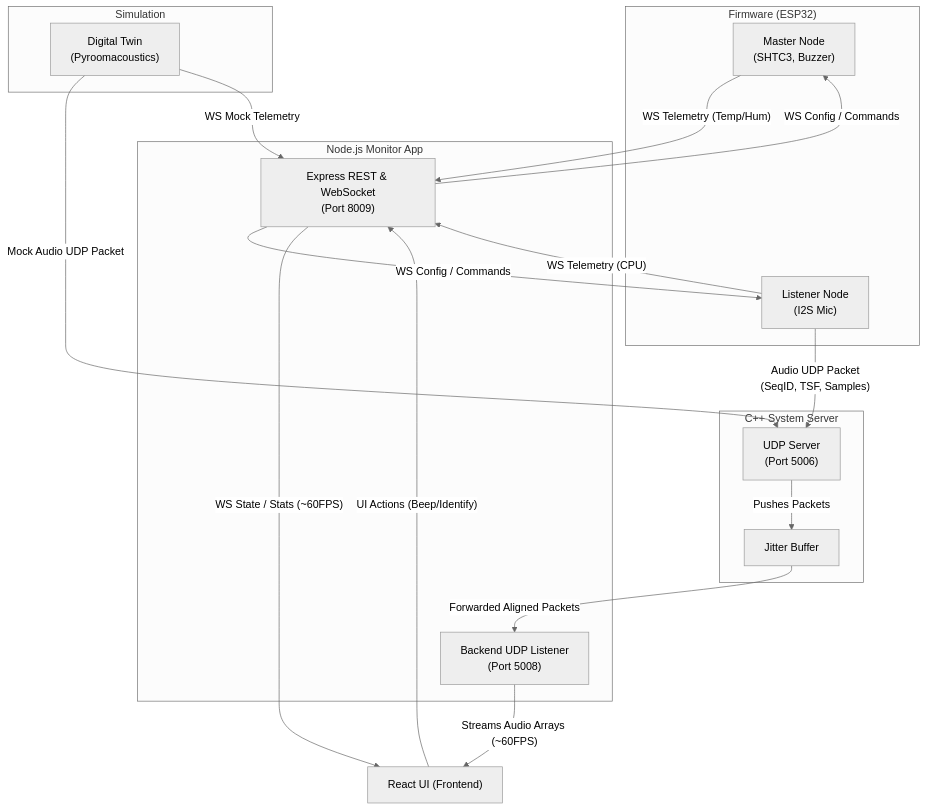
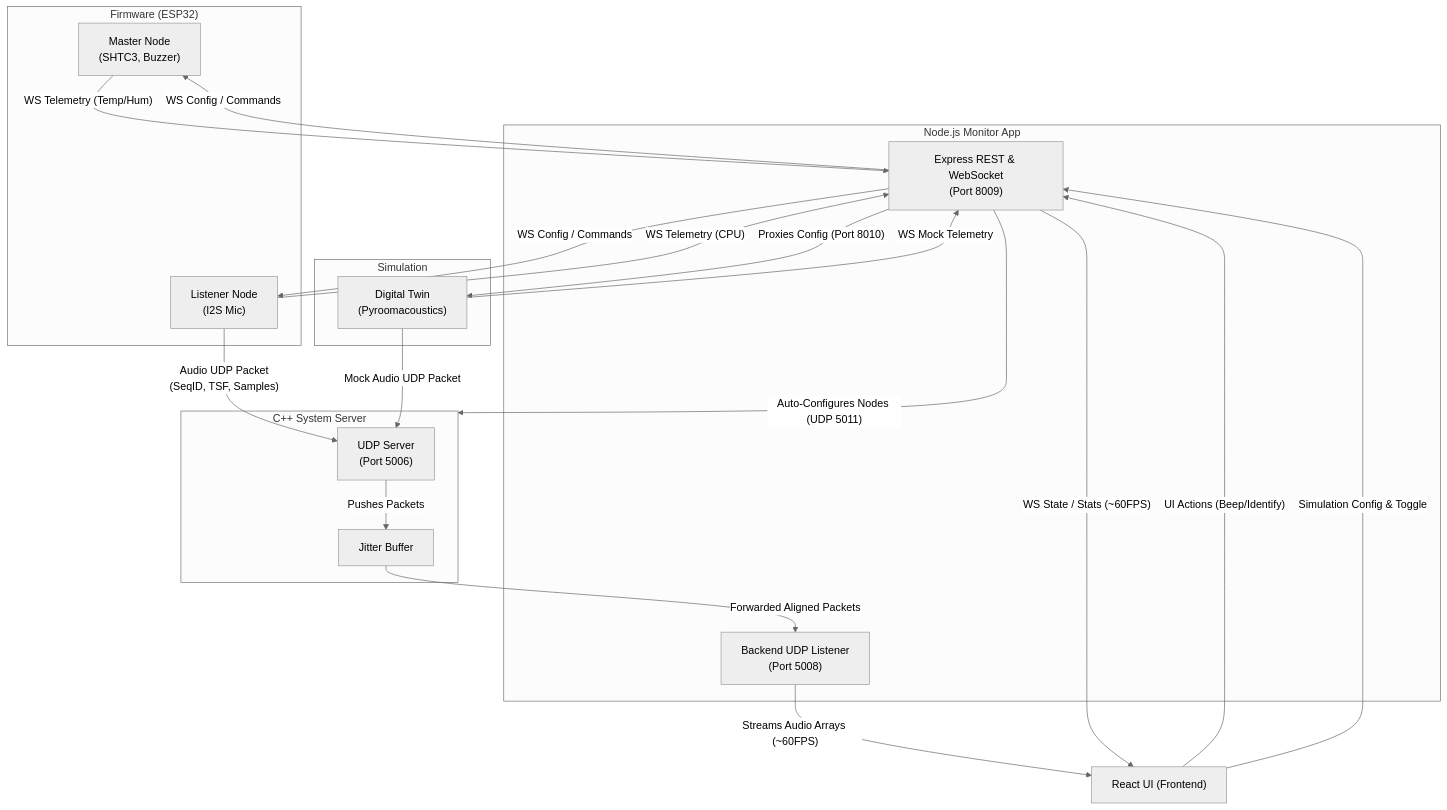
Before and after one commit to LauriAlanen/locustracer: the first of 2 diagrams in docs/ARCHITECTURE.md, drawn with Mermaid (neutral theme). The commit also changed other lines of this file and 2 other files, not shown here.

First line of the commit message:
docs: Update architecture diagrams and API specs for digital twin config

````diff
--- a/docs/ARCHITECTURE.md
+++ b/docs/ARCHITECTURE.md
@@ -17,45 +17,48 @@
 ```mermaid
 flowchart TD
     %% Firmware Nodes
     subgraph Firmware["Firmware (ESP32)"]
         MasterNode["Master Node\n(SHTC3, Buzzer)"]
         ListenerNode["Listener Node\n(I2S Mic)"]
     end
 
     %% Digital Twin
     subgraph Simulation["Simulation"]
         TwinContainer["Digital Twin\n(Pyroomacoustics)"]
     end
 
     %% C++ Server
     subgraph CPPServer["C++ System Server"]
         UDPServer["UDP Server\n(Port 5006)"]
         JitterBuffer["Jitter Buffer"]
     end
 
     %% Node.js Monitor App
     subgraph MonitorApp["Node.js Monitor App"]
         BackendUDP["Backend UDP Listener\n(Port 5008)"]
         BackendHTTP["Express REST & WebSocket\n(Port 8009)"]
     end
 
     %% UI
     ReactUI["React UI (Frontend)"]
 
     %% Audio Data Flow (UDP)
     ListenerNode -- "Audio UDP Packet\n(SeqID, TSF, Samples)" --> UDPServer
     TwinContainer -- "Mock Audio UDP Packet" --> UDPServer
     UDPServer -- "Pushes Packets" --> JitterBuffer
     JitterBuffer -- "Forwarded Aligned Packets" --> BackendUDP
     BackendUDP -- "Streams Audio Arrays (~60FPS)" --> ReactUI
 
     %% Telemetry & Config Flow (WebSockets & REST)
     MasterNode -- "WS Telemetry (Temp/Hum)" --> BackendHTTP
     ListenerNode -- "WS Telemetry (CPU)" --> BackendHTTP
     TwinContainer -- "WS Mock Telemetry" --> BackendHTTP
     BackendHTTP -- "WS Config / Commands" --> MasterNode
     BackendHTTP -- "WS Config / Commands" --> ListenerNode
     
     BackendHTTP -- "WS State / Stats (~60FPS)" --> ReactUI
     ReactUI -- "UI Actions (Beep/Identify)" --> BackendHTTP
+    ReactUI -- "Simulation Config & Toggle" --> BackendHTTP
+    BackendHTTP -- "Proxies Config (Port 8010)" --> TwinContainer
+    BackendHTTP -- "Auto-Configures Nodes (UDP 5011)" --> CPPServer
 ```
````
